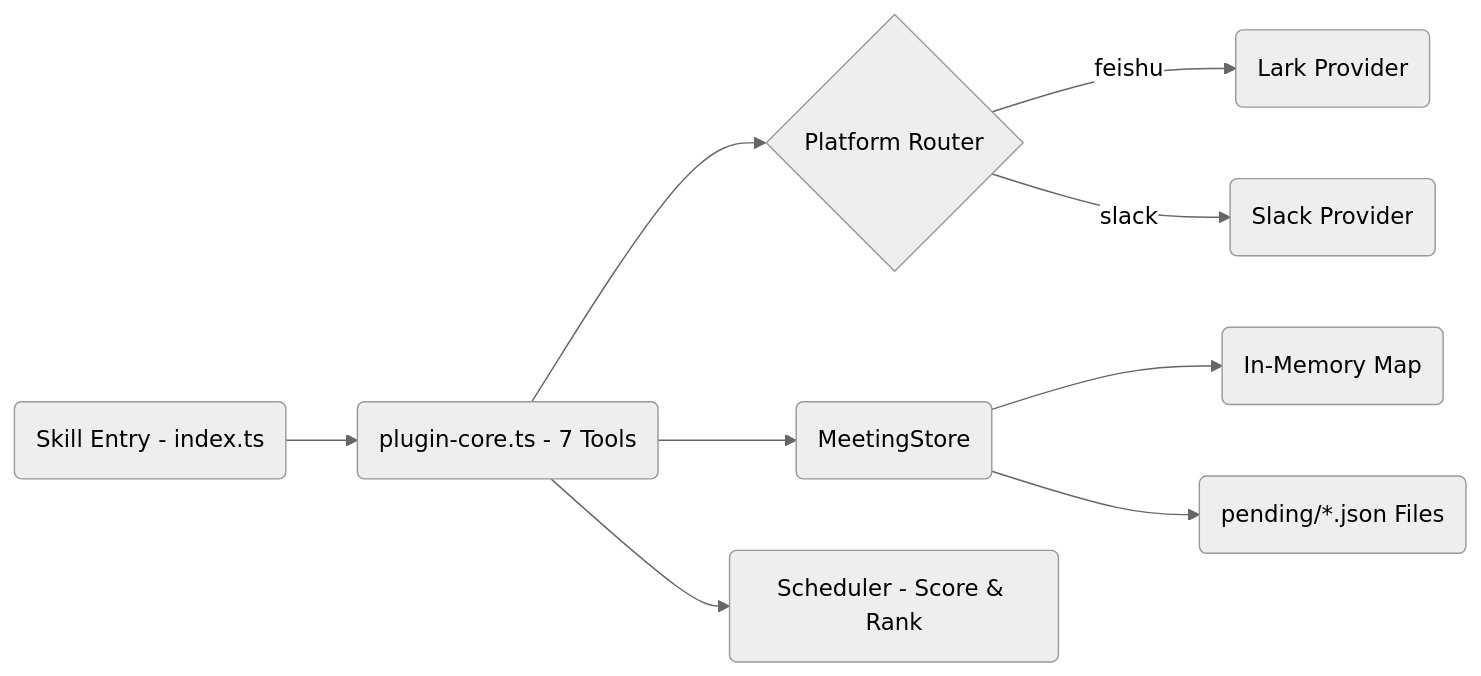
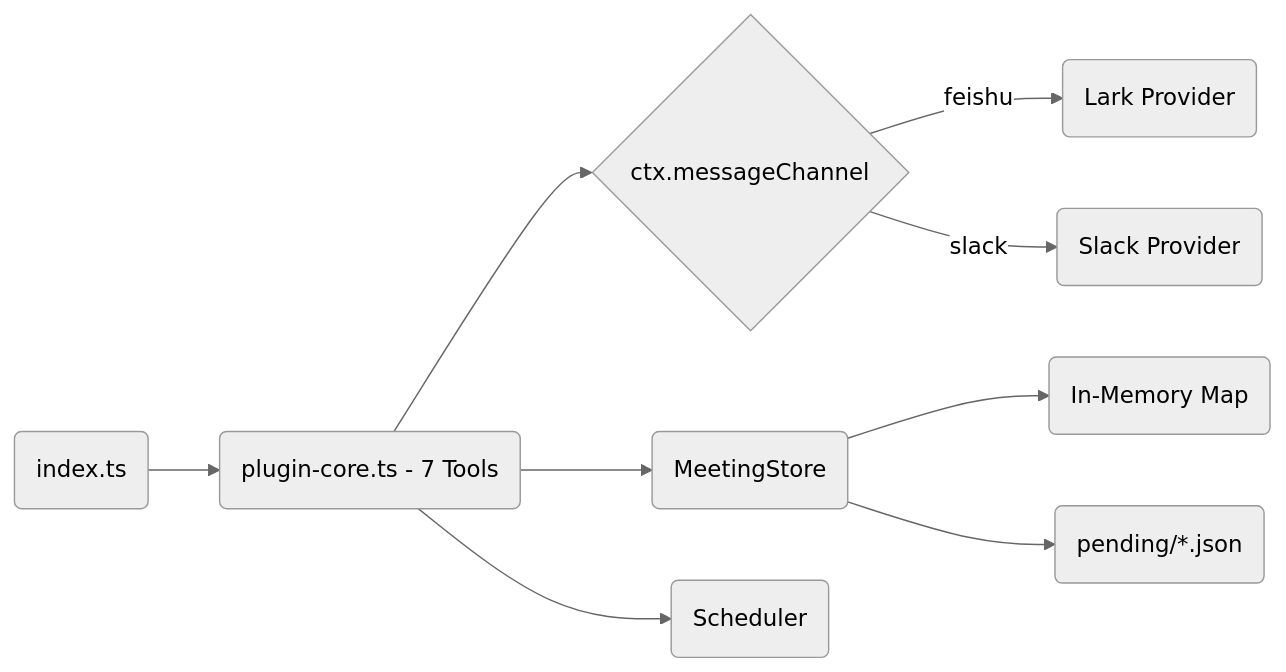
One commit to javana3/claw_meeting_all changed the third of 7 diagrams in README.md. Above: the diagram before and after it, drawn with Mermaid (neutral theme). The commit also changed other lines of this file and 4 other files, not shown here.

First line of the commit message:
docs: add 5-language README with accurate Plugin/Skill comparison

````diff
--- a/README.md
+++ b/README.md
@@ -63,11 +90,11 @@
 ```mermaid
 graph LR
-    A(Skill Entry - index.ts) --> B(plugin-core.ts - 7 Tools)
-    B --> C{Platform Router}
-    C -->|feishu| D(Lark Provider)
-    C -->|slack| E(Slack Provider)
-    B --> F(MeetingStore)
-    F --> G(In-Memory Map)
-    F --> H(pending/*.json Files)
-    B --> I(Scheduler - Score & Rank)
+    IDX(index.ts) --> CORE(plugin-core.ts - 7 Tools)
+    CORE --> ROUTER{ctx.messageChannel}
+    ROUTER -->|feishu| LP(Lark Provider)
+    ROUTER -->|slack| SP(Slack Provider)
+    CORE --> STORE(MeetingStore)
+    STORE --> MEM(In-Memory Map)
+    STORE --> DISK(pending/*.json)
+    CORE --> SCH(Scheduler)
 ```
````
